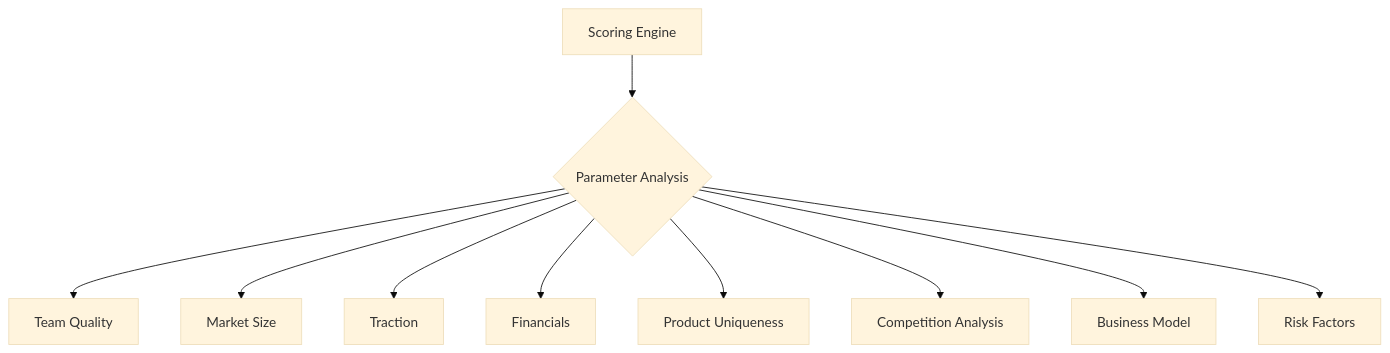
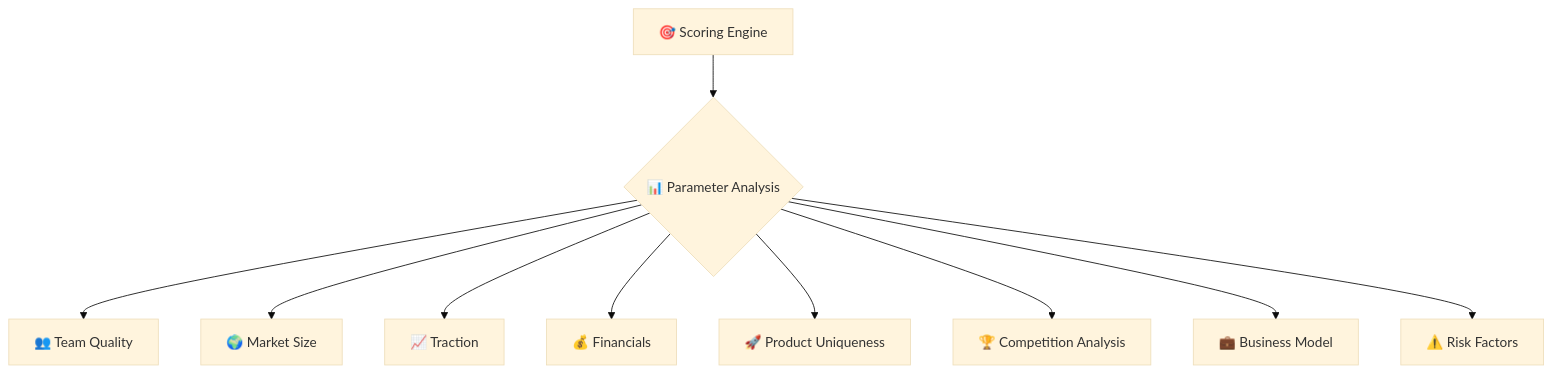
Before and after one commit to Pooja-Vishnoi/GenAI_Hackathon: the fourth of 9 diagrams in README.md, drawn with Mermaid (base theme). The commit also changed other lines of this file, not shown here.

````diff
--- a/README.md
+++ b/README.md
@@ -83,13 +89,13 @@
 ```mermaid
 graph TB
-    SC[Scoring Engine] --> PARAMS{Parameter Analysis}
+    SC[🎯 Scoring Engine] --> PARAMS{📊 Parameter Analysis}
     
-    PARAMS --> TS[Team Quality]
-    PARAMS --> MS[Market Size]
-    PARAMS --> TR[Traction]
-    PARAMS --> FS[Financials]
-    PARAMS --> PS[Product Uniqueness]
-    PARAMS --> CS[Competition Analysis]
-    PARAMS --> BS[Business Model]
-    PARAMS --> RS[Risk Factors]
+    PARAMS --> TS[👥 Team Quality]
+    PARAMS --> MS[🌍 Market Size]
+    PARAMS --> TR[📈 Traction]
+    PARAMS --> FS[💰 Financials]
+    PARAMS --> PS[🚀 Product Uniqueness]
+    PARAMS --> CS[🏆 Competition Analysis]
+    PARAMS --> BS[💼 Business Model]
+    PARAMS --> RS[⚠️ Risk Factors]
 ```
````
